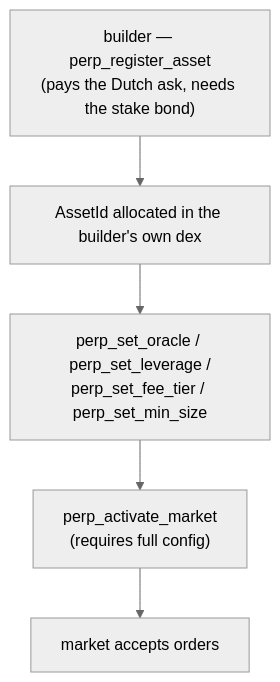
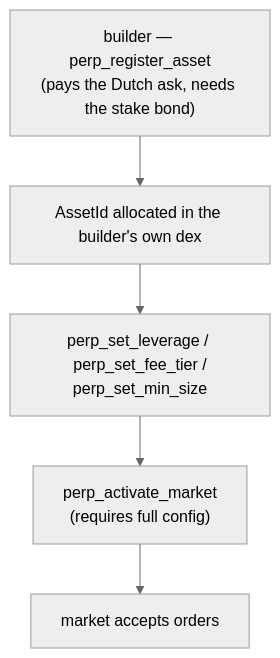
The diagram in docs/mip/mip-3.md (mtf-exchange/metaflux-knowledges), drawn with Mermaid (neutral theme) before and after one commit. The commit also changed other lines of this file and 3 other files, not shown here.

First line of the commit message:
docs(mip-3): per-handler sub-deployer permissions, and perp_set_oracle retires

````diff
--- a/docs/mip/mip-3.md
+++ b/docs/mip/mip-3.md
@@ -56,7 +56,7 @@
 ```mermaid
 flowchart TD
     A["builder — perp_register_asset<br/>(pays the Dutch ask, needs the stake bond)"] --> B["AssetId allocated in the builder's own dex"]
-    B --> C["perp_set_oracle / perp_set_leverage /<br/>perp_set_fee_tier / perp_set_min_size"]
+    B --> C["perp_set_leverage / perp_set_fee_tier /<br/>perp_set_min_size"]
     C --> D["perp_activate_market<br/>(requires full config)"]
     D --> E["market accepts orders"]
 ```
````
